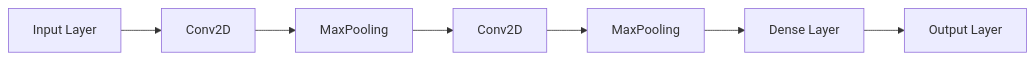
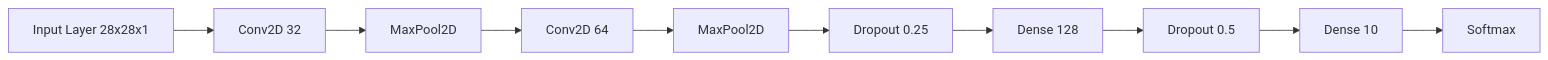
The third of 4 diagrams in README.md (Kedhareswer/Digit_Classifier), drawn with Mermaid before and after one commit. The commit also changed other lines of this file, not shown here.

````diff
--- a/README.md
+++ b/README.md
@@ -134,9 +241,12 @@
 ```mermaid
 graph LR
-    A[Input Layer] --> B[Conv2D]
-    B --> C[MaxPooling]
-    C --> D[Conv2D]
-    D --> E[MaxPooling]
-    E --> F[Dense Layer]
-    F --> G[Output Layer]
+    A[Input Layer 28x28x1] --> B[Conv2D 32]
+    B --> C[MaxPool2D]
+    C --> D[Conv2D 64]
+    D --> E[MaxPool2D]
+    E --> F[Dropout 0.25]
+    F --> G[Dense 128]
+    G --> H[Dropout 0.5]
+    H --> I[Dense 10]
+    I --> J[Softmax]
 ```
````
